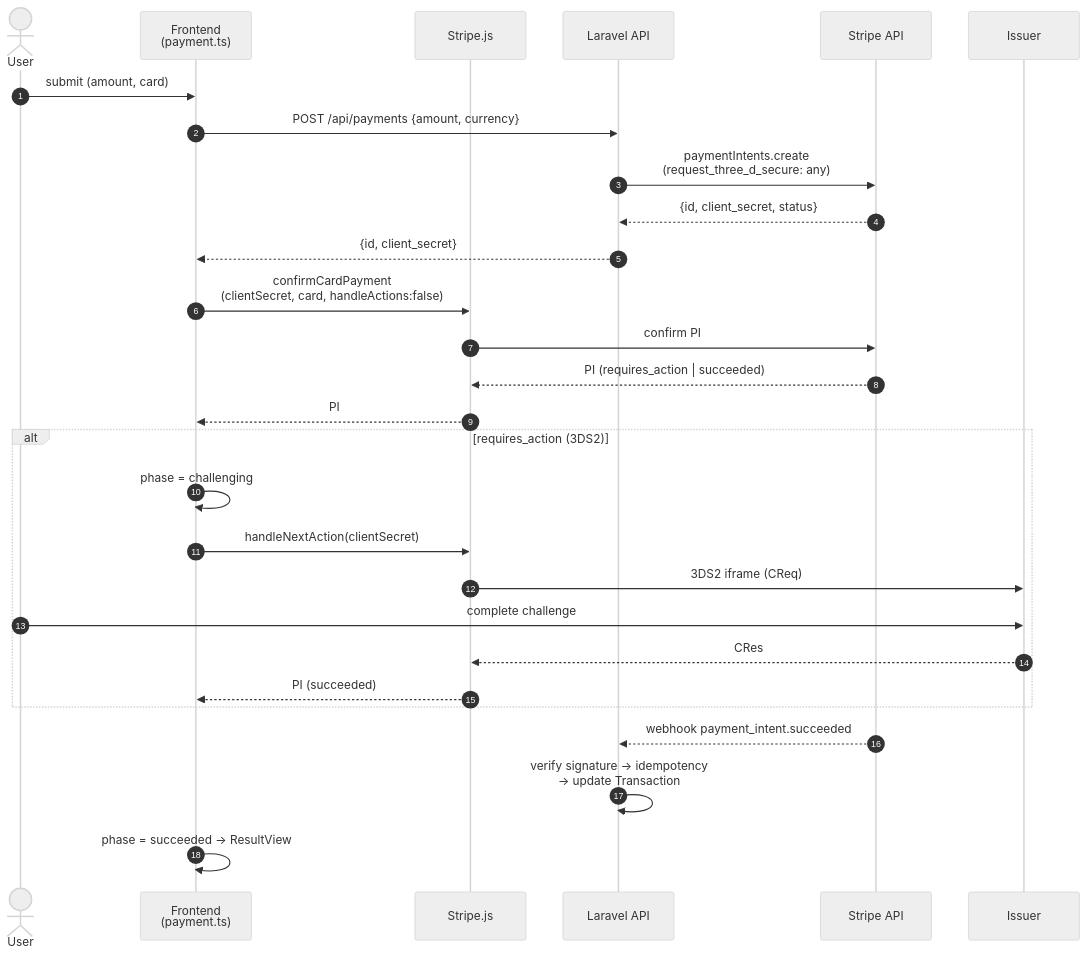
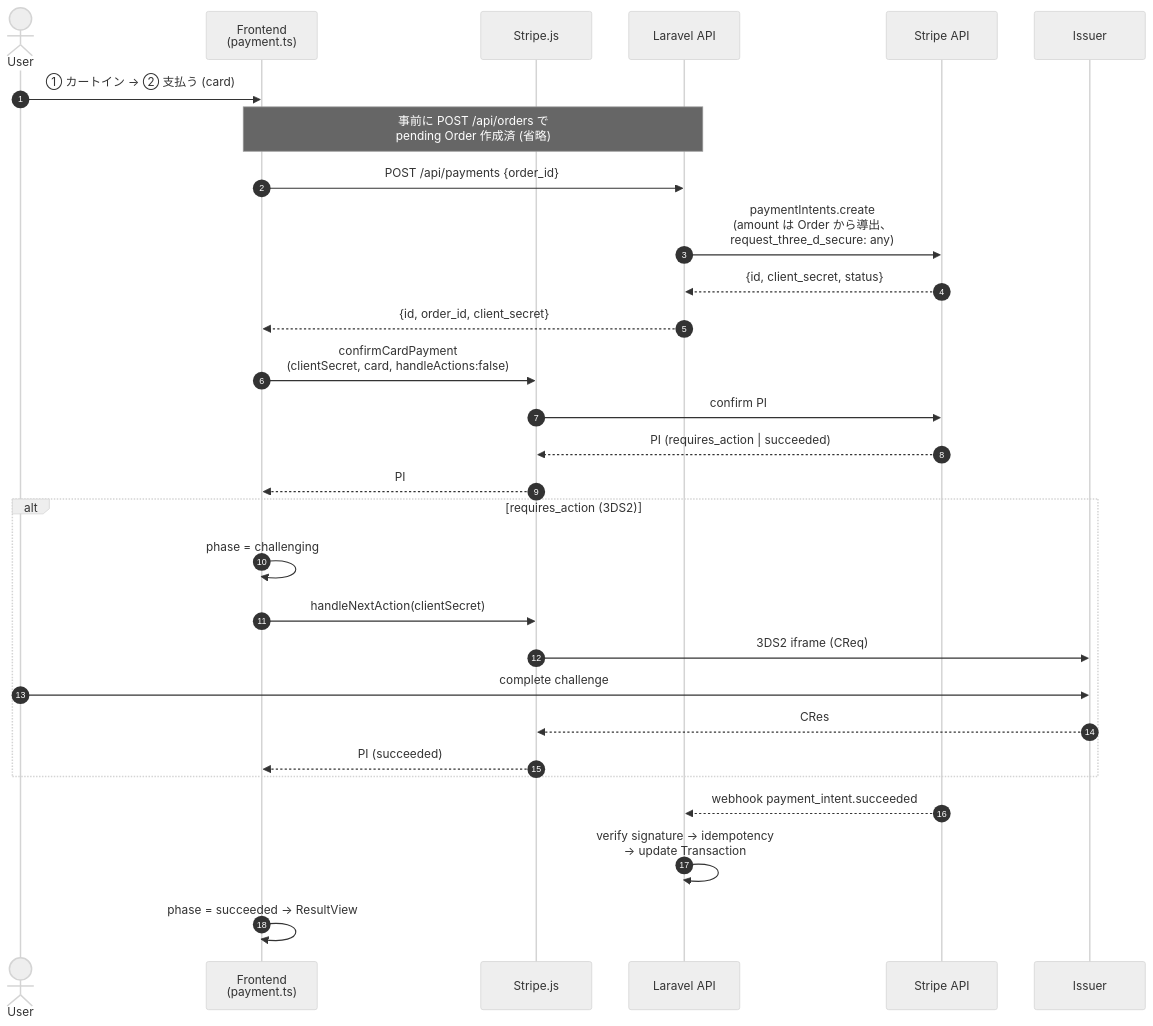
The second of 4 diagrams in docs/payment-flow.md (izdev0000/3ds2-demo), drawn with Mermaid (neutral theme) before and after one commit. The commit also changed other lines of this file and 9 other files, not shown here.

````diff
--- a/docs/payment-flow.md
+++ b/docs/payment-flow.md
@@ -42,34 +53,35 @@
 ```mermaid
 sequenceDiagram
     autonumber
     actor User
     participant FE as Frontend<br/>(payment.ts)
     participant Stripe as Stripe.js
     participant BE as Laravel API
     participant SA as Stripe API
     participant Iss as Issuer
 
-    User->>FE: submit (amount, card)
-    FE->>BE: POST /api/payments {amount, currency}
-    BE->>SA: paymentIntents.create<br/>(request_three_d_secure: any)
+    User->>FE: ① カートイン → ② 支払う (card)
+    Note over FE,BE: 事前に POST /api/orders で<br/>pending Order 作成済 (省略)
+    FE->>BE: POST /api/payments {order_id}
+    BE->>SA: paymentIntents.create<br/>(amount は Order から導出、<br/>request_three_d_secure: any)
     SA-->>BE: {id, client_secret, status}
-    BE-->>FE: {id, client_secret}
+    BE-->>FE: {id, order_id, client_secret}
 
     FE->>Stripe: confirmCardPayment<br/>(clientSecret, card, handleActions:false)
     Stripe->>SA: confirm PI
     SA-->>Stripe: PI (requires_action | succeeded)
     Stripe-->>FE: PI
 
     alt requires_action (3DS2)
         FE->>FE: phase = challenging
         FE->>Stripe: handleNextAction(clientSecret)
         Stripe->>Iss: 3DS2 iframe (CReq)
         User->>Iss: complete challenge
         Iss-->>Stripe: CRes
         Stripe-->>FE: PI (succeeded)
     end
 
     SA-->>BE: webhook payment_intent.succeeded
     BE->>BE: verify signature → idempotency<br/>→ update Transaction
     FE->>FE: phase = succeeded → ResultView
 ```
````
